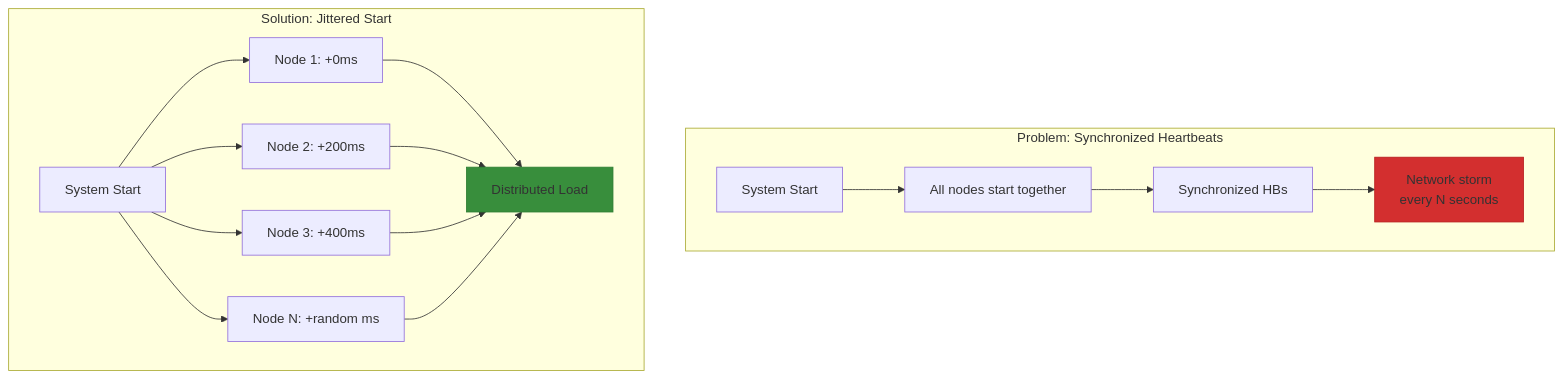
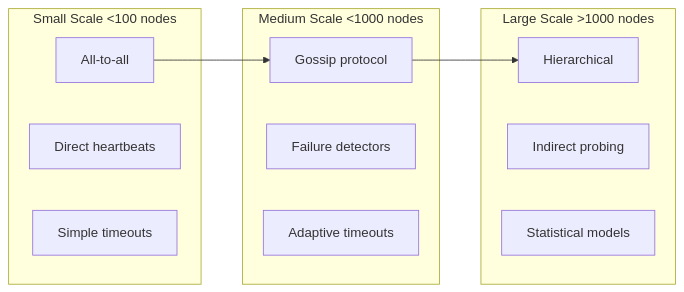
The fifth of 6 diagrams in docs/pattern-library/resilience/heartbeat.md (deepaucksharma/DStudio), drawn with Mermaid before and after one commit. The commit also changed other lines of this file and 119 other files, not shown here.

````diff
--- a/docs/pattern-library/resilience/heartbeat.md
+++ b/docs/pattern-library/resilience/heartbeat.md
@@ -570,20 +311,22 @@
 ```mermaid
-graph TB
-    subgraph "Problem: Synchronized Heartbeats"
-        START[System Start] --> ALL[All nodes start together]
-        ALL --> SYNC[Synchronized HBs]
-        SYNC --> STORM[Network storm<br/>every N seconds]
+graph LR
+    subgraph "Small Scale <100 nodes"
+        S1[All-to-all]
+        S2[Direct heartbeats]
+        S3[Simple timeouts]
     end
     
-    subgraph "Solution: Jittered Start"
-        JSTART[System Start] --> J1[Node 1: +0ms]
-        JSTART --> J2[Node 2: +200ms]
-        JSTART --> J3[Node 3: +400ms]
-        JSTART --> JN[Node N: +random ms]
-        
-        J1 & J2 & J3 & JN --> SPREAD[Distributed Load]
+    subgraph "Medium Scale <1000 nodes"
+        M1[Gossip protocol]
+        M2[Failure detectors]
+        M3[Adaptive timeouts]
     end
     
-    style STORM fill:#d32f2f,stroke:#b71c1c
-    style SPREAD fill:#388e3c,stroke:#2e7d32
+    subgraph "Large Scale >1000 nodes"
+        L1[Hierarchical]
+        L2[Indirect probing]
+        L3[Statistical models]
+    end
+    
+    S1 --> M1 --> L1
 ```
````
